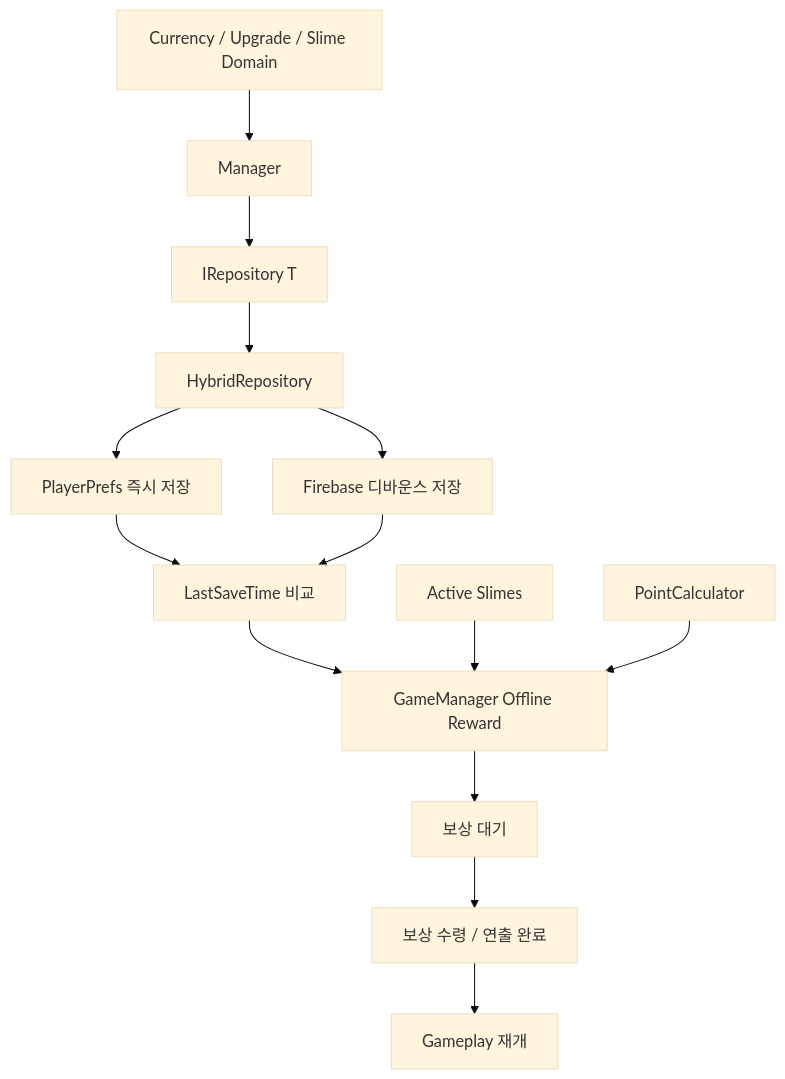
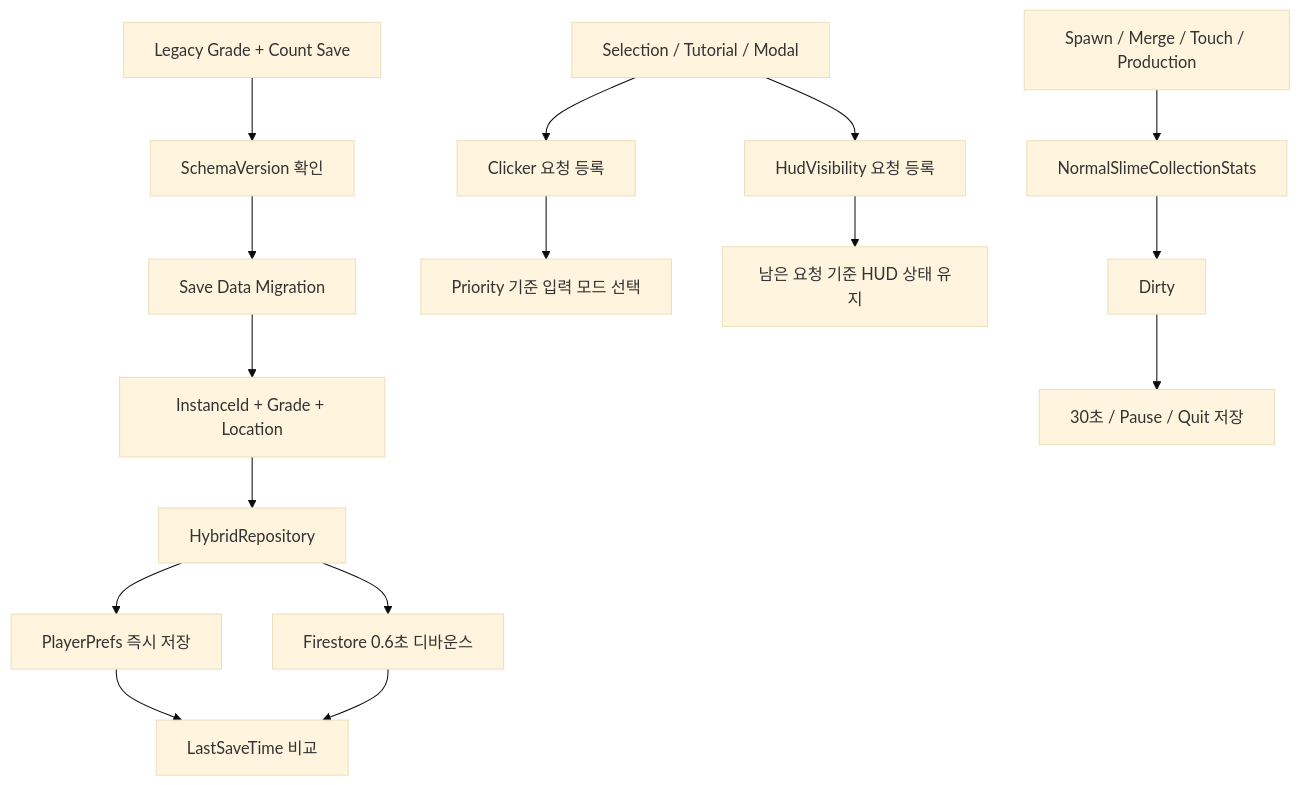
Before and after one commit to jjh770/Unity-Portfolio-Code: the diagram in MonsterKindergarten/README.md, drawn with Mermaid (base theme). The commit also changed other lines of this file and 42 other files, not shown here.

````diff
--- a/MonsterKindergarten/README.md
+++ b/MonsterKindergarten/README.md
@@ -25,17 +26,22 @@
 ```mermaid
 flowchart TD
-    A[Currency / Upgrade / Slime Domain] --> B[Manager]
-    B --> C[IRepository T]
-    C --> D[HybridRepository]
-    D --> E[PlayerPrefs 즉시 저장]
-    D --> F[Firebase 디바운스 저장]
-    E --> G[LastSaveTime 비교]
-    F --> G
+    A[Legacy Grade + Count Save] --> B[SchemaVersion 확인]
+    B --> C[Save Data Migration]
+    C --> D[InstanceId + Grade + Location]
 
-    G --> H[GameManager Offline Reward]
-    I[Active Slimes] --> H
-    J[PointCalculator] --> H
-    H --> K[보상 대기]
-    K --> L[보상 수령 / 연출 완료]
-    L --> M[Gameplay 재개]
+    D --> E[HybridRepository]
+    E --> F[PlayerPrefs 즉시 저장]
+    E --> G[Firestore 0.6초 디바운스]
+    F --> H[LastSaveTime 비교]
+    G --> H
+
+    I[Selection / Tutorial / Modal] --> J[Clicker 요청 등록]
+    J --> K[Priority 기준 입력 모드 선택]
+
+    I --> L[HudVisibility 요청 등록]
+    L --> M[남은 요청 기준 HUD 상태 유지]
+
+    N[Spawn / Merge / Touch / Production] --> O[NormalSlimeCollectionStats]
+    O --> P[Dirty]
+    P --> Q[30초 / Pause / Quit 저장]
 ```
````
